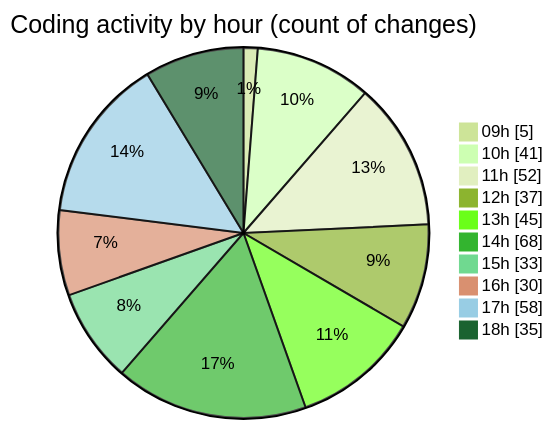
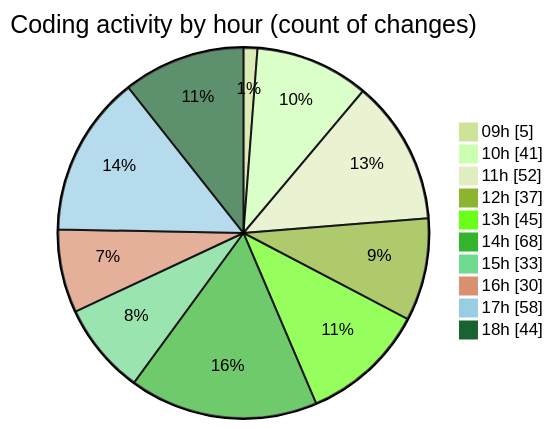
Before and after one commit to momahboobian/code-tracking: the second of 2 diagrams in 2026-04-27/cda/README.md, drawn with Mermaid (forest theme). The commit also changed other lines of this file and 1 other file, not shown here.

````diff
--- a/2026-04-27/cda/README.md
+++ b/2026-04-27/cda/README.md
@@ -69,14 +69,14 @@
 ```mermaid
 pie showData
 title Coding activity by hour (count of changes)
 "09h" : 5
 "10h" : 41
 "11h" : 52
 "12h" : 37
 "13h" : 45
 "14h" : 68
 "15h" : 33
 "16h" : 30
 "17h" : 58
-"18h" : 35
+"18h" : 44
 ```
````
